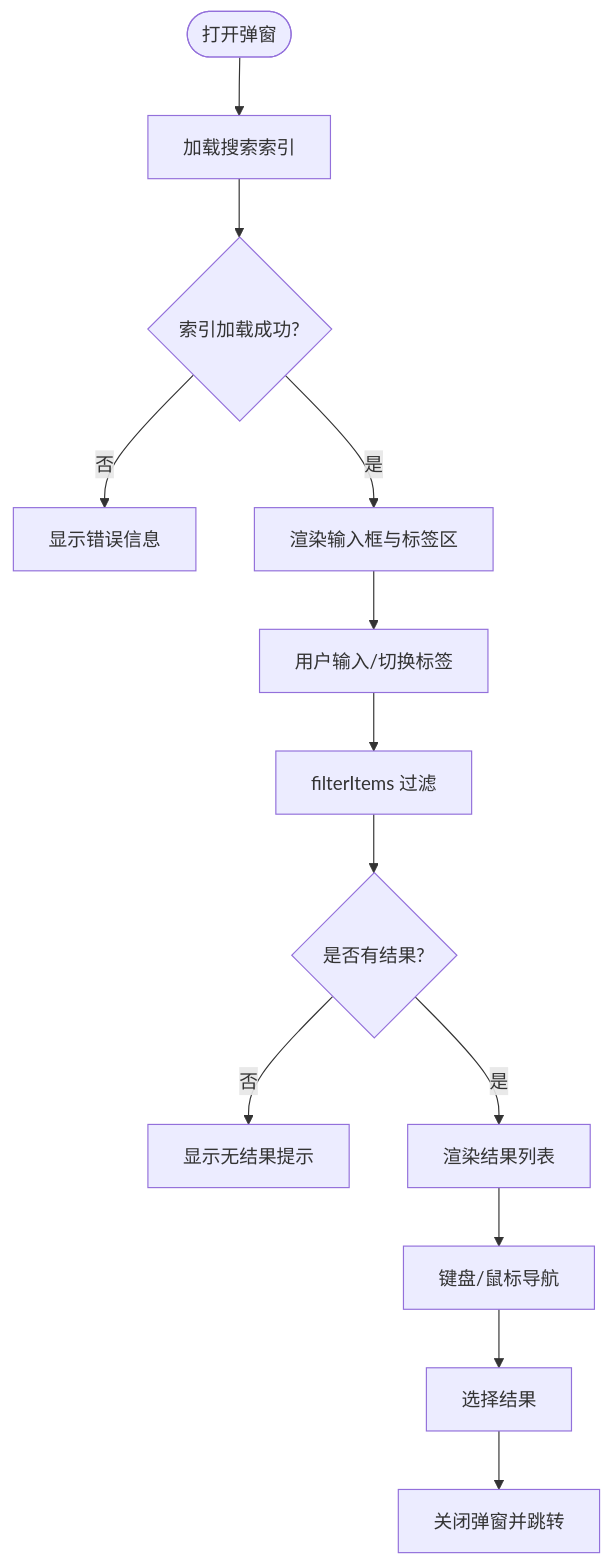
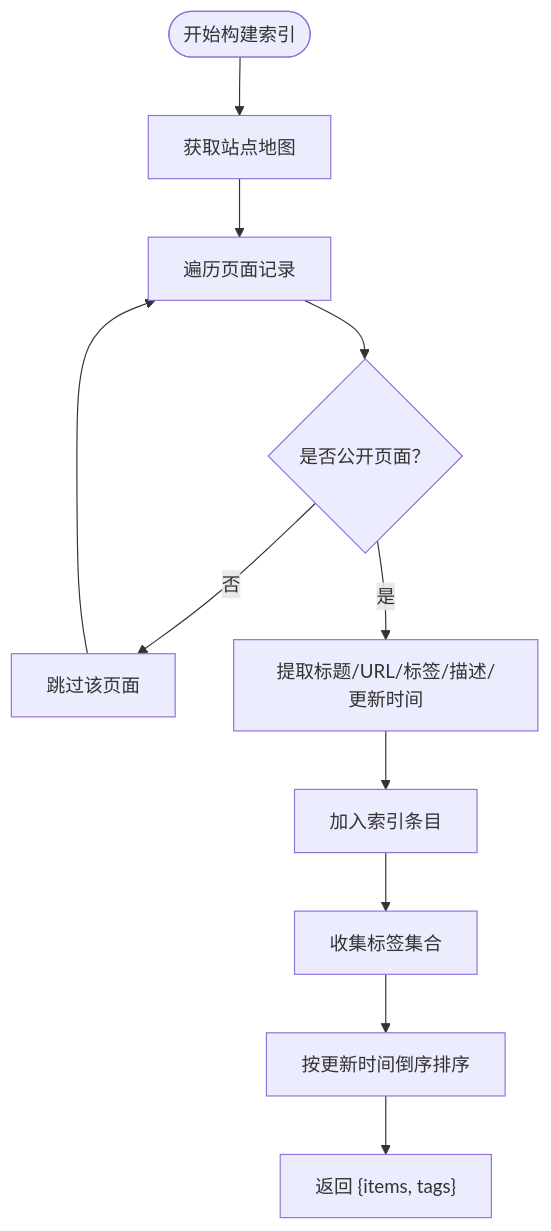
One commit to PhysicalMouse/nextjs-notion-starter-kit changed the third of 8 diagrams in .qoder/repowiki/zh/content/搜索功能/搜索功能.md. Above: the diagram before and after it, drawn with Mermaid. The commit also changed other lines of this file and 186 other files, not shown here.

````diff
--- a/.qoder/repowiki/zh/content/搜索功能/搜索功能.md
+++ b/.qoder/repowiki/zh/content/搜索功能/搜索功能.md
@@ -169,15 +151,13 @@
 ```mermaid
 flowchart TD
-Start(["打开弹窗"]) --> LoadIndex["加载搜索索引"]
-LoadIndex --> IndexOK{"索引加载成功?"}
-IndexOK --> |否| ShowError["显示错误信息"]
-IndexOK --> |是| RenderUI["渲染输入框与标签区"]
-RenderUI --> Input["用户输入/切换标签"]
-Input --> Filter["filterItems 过滤"]
-Filter --> Results{"是否有结果?"}
-Results --> |否| NoResults["显示无结果提示"]
-Results --> |是| List["渲染结果列表"]
-List --> Nav["键盘/鼠标导航"]
-Nav --> Select["选择结果"]
-Select --> Close["关闭弹窗并跳转"]
+Start(["开始构建索引"]) --> GetSiteMap["获取站点地图"]
+GetSiteMap --> IteratePages["遍历页面记录"]
+IteratePages --> CheckPublic{"是否公开页面？"}
+CheckPublic --> |否| SkipPage["跳过该页面"]
+CheckPublic --> |是| ExtractFields["提取标题/URL/标签/描述/更新时间"]
+ExtractFields --> AddToItems["加入索引条目"]
+AddToItems --> CollectTags["收集标签集合"]
+CollectTags --> SortByUpdated["按更新时间倒序排序"]
+SortByUpdated --> ReturnIndex["返回 {items, tags}"]
+SkipPage --> IteratePages
 ```
````
